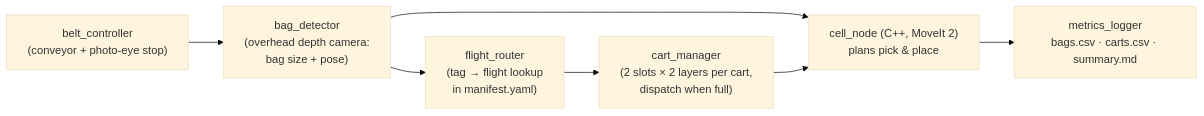
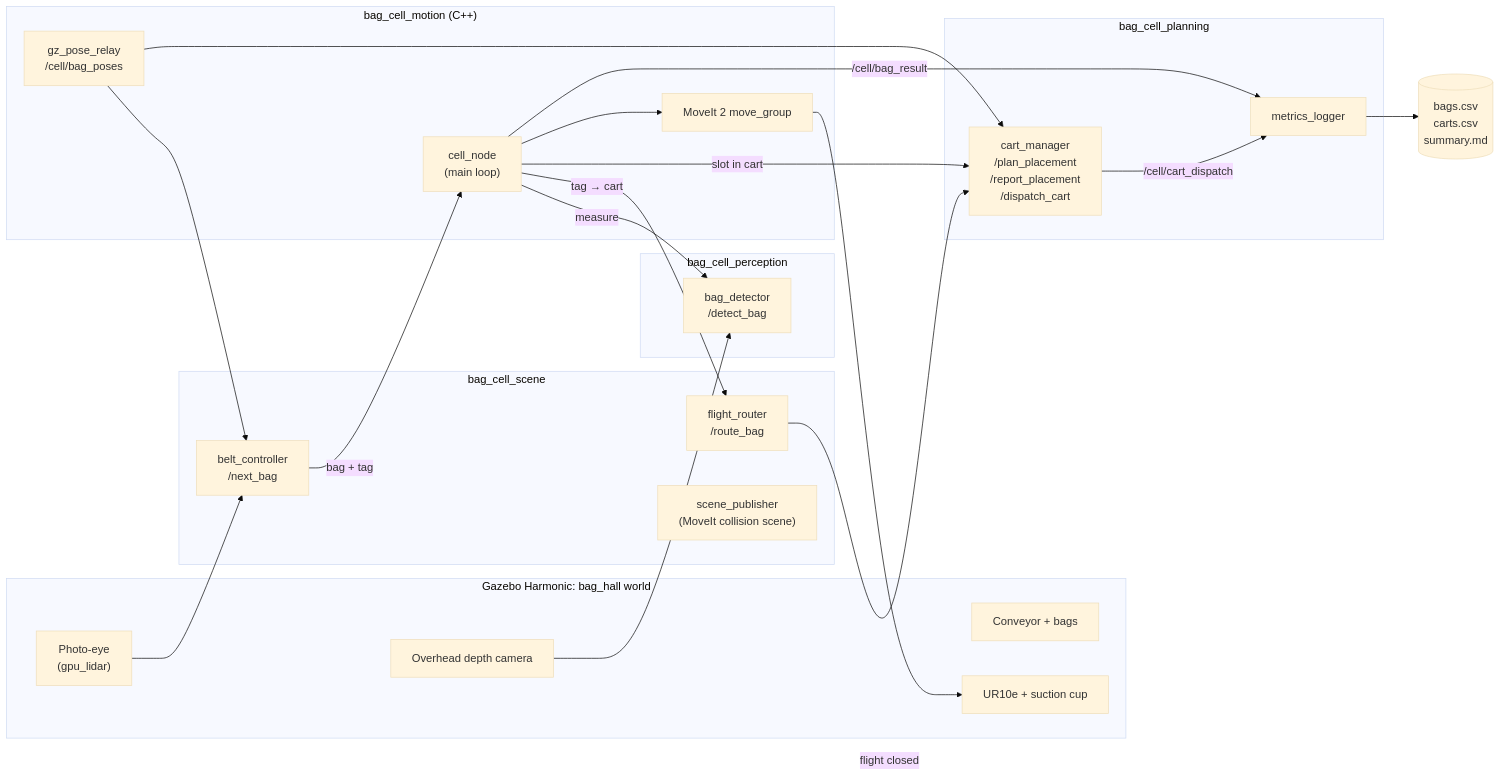
Before and after one commit to chaabanejasser01/ros2-baggage-makeup-cell: the first of 2 diagrams in README.md, drawn with Mermaid (base theme). The commit also changed other lines of this file, not shown here.

Commit message:
Expand README: features, architecture, bag cycle, interfaces, quickstart, config

````diff
--- a/README.md
+++ b/README.md
@@ -32,9 +78,43 @@
 ```mermaid
 flowchart LR
-    BELT["belt_controller<br/>(conveyor + photo-eye stop)"] --> DET["bag_detector<br/>(overhead depth camera:<br/>bag size + pose)"]
-    DET --> ROUTER["flight_router<br/>(tag → flight lookup<br/>in manifest.yaml)"]
-    ROUTER --> CART["cart_manager<br/>(2 slots × 2 layers per cart,<br/>dispatch when full)"]
-    DET --> CELL["cell_node (C++, MoveIt 2)<br/>plans pick & place"]
-    CART --> CELL
-    CELL --> LOG["metrics_logger<br/>bags.csv · carts.csv · summary.md"]
+    subgraph GZ["Gazebo Harmonic: bag_hall world"]
+        BELT_GZ["Conveyor + bags"]
+        EYE["Photo-eye<br/>(gpu_lidar)"]
+        CAM["Overhead depth camera"]
+        UR["UR10e + suction cup"]
+    end
+
+    subgraph SCENE["bag_cell_scene"]
+        BC["belt_controller<br/>/next_bag"]
+        FR["flight_router<br/>/route_bag"]
+        SP["scene_publisher<br/>(MoveIt collision scene)"]
+    end
+
+    subgraph PERC["bag_cell_perception"]
+        BD["bag_detector<br/>/detect_bag"]
+    end
+
+    subgraph PLAN["bag_cell_planning"]
+        CM["cart_manager<br/>/plan_placement<br/>/report_placement<br/>/dispatch_cart"]
+        ML["metrics_logger"]
+    end
+
+    subgraph MOT["bag_cell_motion (C++)"]
+        CN["cell_node<br/>(main loop)"]
+        PR["gz_pose_relay<br/>/cell/bag_poses"]
+        MG["MoveIt 2 move_group"]
+    end
+
+    EYE --> BC
+    CAM --> BD
+    BC -- "bag + tag" --> CN
+    CN -- measure --> BD
+    CN -- "tag → cart" --> FR
+    CN -- "slot in cart" --> CM
+    FR -- "flight closed" --> CM
+    CN --> MG --> UR
+    PR --> BC & CM
+    CN -- /cell/bag_result --> ML
+    CM -- /cell/cart_dispatch --> ML
+    ML --> OUT[("bags.csv<br/>carts.csv<br/>summary.md")]
 ```
````
